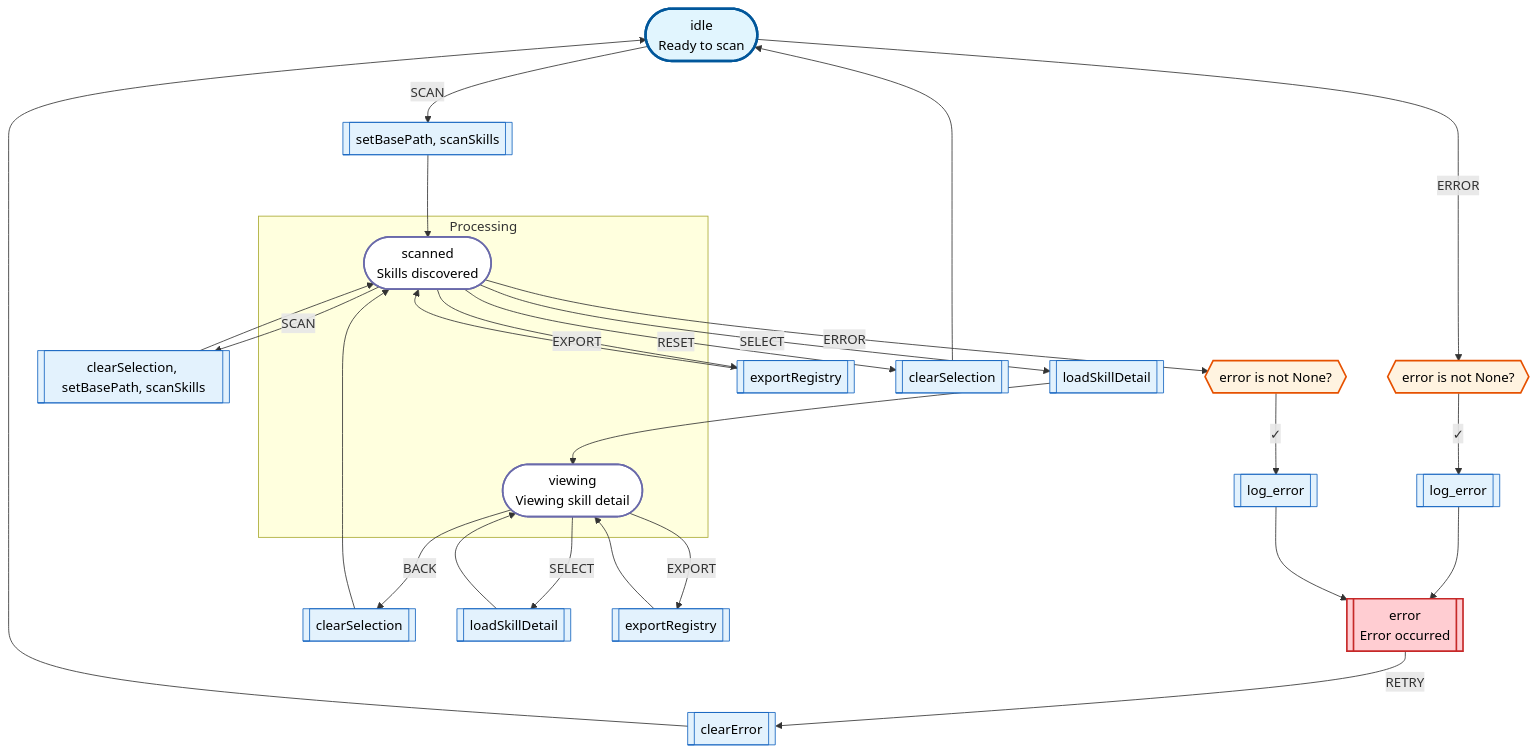
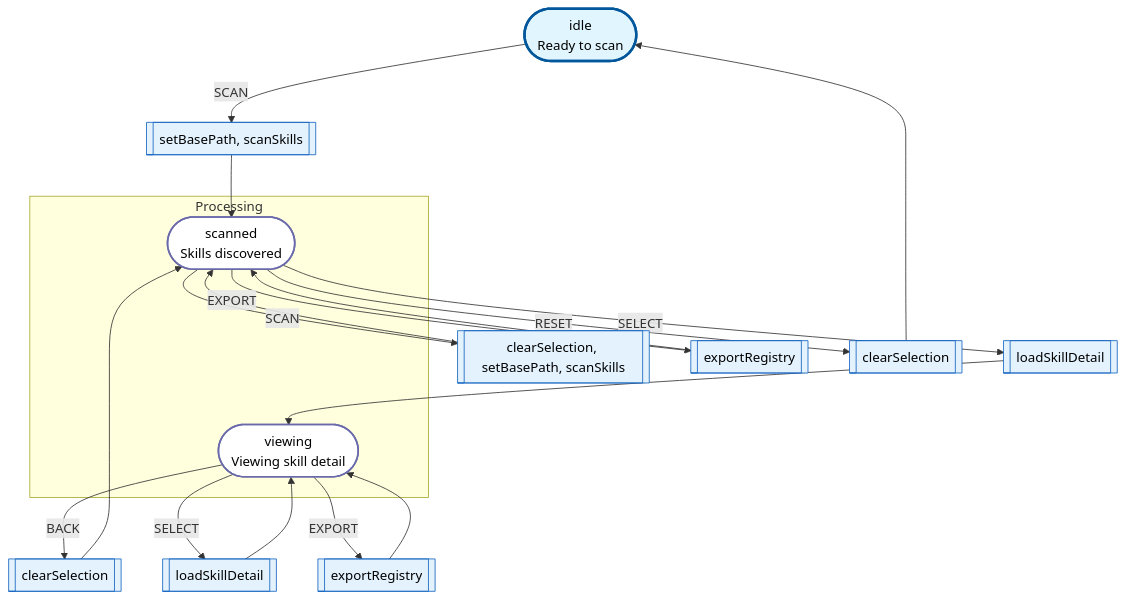
Before and after one commit to rhCat/lpp: the diagram in utils/skill_registry/results/skill_registry.mmd, drawn with Mermaid. The commit also changed 253 other files, not shown here.

```diff
--- a/utils/skill_registry/results/skill_registry.mmd
+++ b/utils/skill_registry/results/skill_registry.mmd
@@ -1,55 +1,41 @@
 flowchart TD
     %% L++ Logic CAD: Skill Registry
         state_idle(["idle<br>Ready to scan"]):::entry
     subgraph Processing
         state_scanned(["scanned<br>Skills discovered"]):::state
         state_viewing(["viewing<br>Viewing skill detail"]):::state
     end
-        state_error[["error<br>Error occurred"]]:::errorState
 
     %% Transitions
     act_t0s0[["setBasePath, scanSkills"]]:::action
     state_idle -- "SCAN" --> act_t0s0
     act_t0s0 --> state_scanned
     act_t1s0[["clearSelection, setBasePath, scanSkills"]]:::action
     state_scanned -- "SCAN" --> act_t1s0
     act_t1s0 --> state_scanned
     act_t2s0[["loadSkillDetail"]]:::action
     state_scanned -- "SELECT" --> act_t2s0
     act_t2s0 --> state_viewing
     act_t3s0[["clearSelection"]]:::action
     state_viewing -- "BACK" --> act_t3s0
     act_t3s0 --> state_scanned
     act_t4s0[["loadSkillDetail"]]:::action
     state_viewing -- "SELECT" --> act_t4s0
     act_t4s0 --> state_viewing
     act_t5s0[["exportRegistry"]]:::action
     state_scanned -- "EXPORT" --> act_t5s0
     act_t5s0 --> state_scanned
     act_t6s0[["exportRegistry"]]:::action
     state_viewing -- "EXPORT" --> act_t6s0
     act_t6s0 --> state_viewing
     act_t7s0[["clearSelection"]]:::action
     state_scanned -- "RESET" --> act_t7s0
     act_t7s0 --> state_idle
-    act_t8s0[["clearError"]]:::action
-    state_error -- "RETRY" --> act_t8s0
-    act_t8s0 --> state_idle
-    gate_t9s0{{"error is not None?"}}:::gate
-    state_idle -- "ERROR" --> gate_t9s0
-    act_t9s0[["log_error"]]:::action
-    gate_t9s0 -- ✓ --> act_t9s0
-    act_t9s0 --> state_error
-    gate_t10s0{{"error is not None?"}}:::gate
-    state_scanned -- "ERROR" --> gate_t10s0
-    act_t10s0[["log_error"]]:::action
-    gate_t10s0 -- ✓ --> act_t10s0
-    act_t10s0 --> state_error
 
     %% Styling - ALL shapes have explicit fill and black text
     classDef entry fill:#e1f5fe,stroke:#01579b,stroke-width:3px,color:#000
     classDef terminal fill:#c8e6c9,stroke:#2e7d32,stroke-width:3px,color:#000
     classDef errorState fill:#ffcdd2,stroke:#c62828,stroke-width:2px,color:#000
     classDef state fill:#ffffff,stroke:#6a6aaa,stroke-width:2px,color:#000
     classDef gate fill:#fff3e0,stroke:#e65100,stroke-width:2px,color:#000
     classDef action fill:#e3f2fd,stroke:#1565c0,stroke-width:1px,color:#000
```
